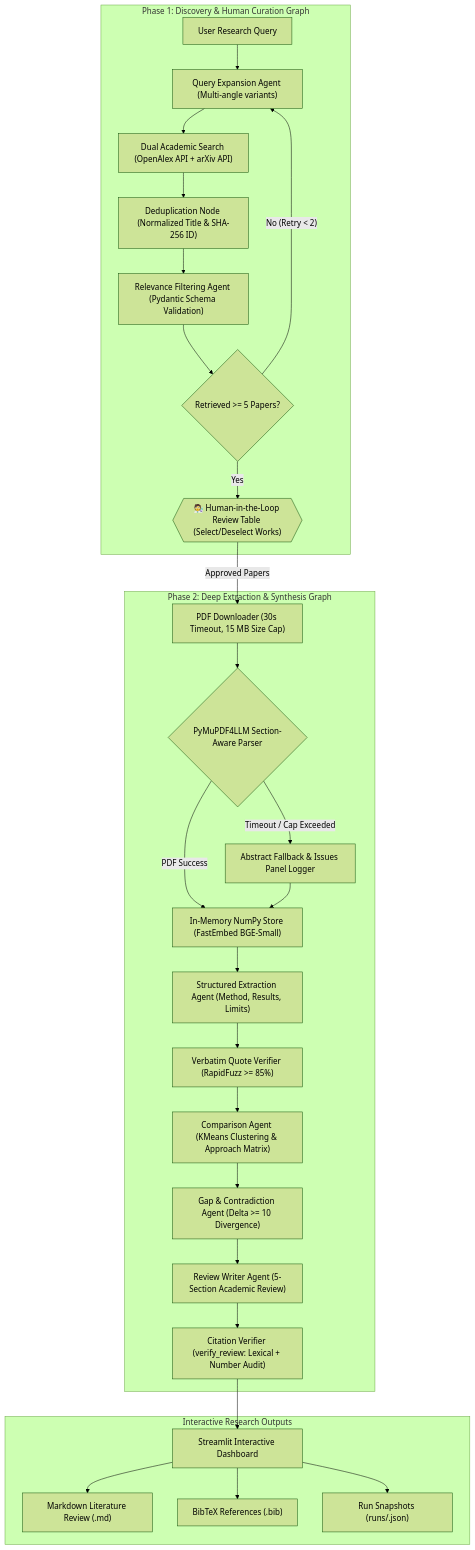
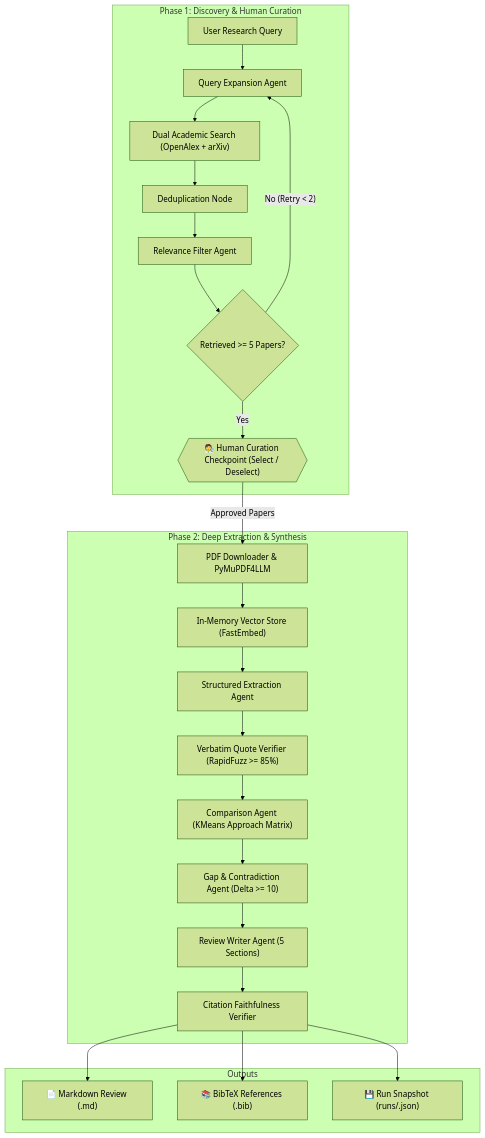
One commit to snpathaks/Papertrail changed the diagram in README.md. Above: the diagram before and after it, drawn with Mermaid (forest theme). The commit also changed other lines of this file, not shown here.

````diff
--- a/README.md
+++ b/README.md
@@ -54,34 +76,29 @@
 ```mermaid
 flowchart TD
-    subgraph Phase1["Phase 1: Discovery & Human Curation Graph"]
-        Q["User Research Query"] --> Exp["Query Expansion Agent (Multi-angle variants)"]
-        Exp --> Srch["Dual Academic Search (OpenAlex API + arXiv API)"]
-        Srch --> Dedup["Deduplication Node (Normalized Title & SHA-256 ID)"]
-        Dedup --> Filt["Relevance Filtering Agent (Pydantic Schema Validation)"]
-        Filt --> Loop{"Retrieved >= 5 Papers?"}
-        Loop -->|"No (Retry < 2)"| Exp
-        Loop -->|"Yes"| Approval{{"🧑‍🔬 Human-in-the-Loop Review Table (Select/Deselect Works)"}}
+    subgraph DiscoveryGraph["Phase 1: Discovery & Human Curation"]
+        Q["User Research Query"] --> Exp["Query Expansion Agent"]
+        Exp --> Srch["Dual Academic Search (OpenAlex + arXiv)"]
+        Srch --> Dedup["Deduplication Node"]
+        Dedup --> Filt["Relevance Filter Agent"]
+        Filt --> Retry{"Retrieved >= 5 Papers?"}
+        Retry -->|"No (Retry < 2)"| Exp
+        Retry -->|"Yes"| Gate{{"🧑‍🔬 Human Curation Checkpoint (Select / Deselect)"}}
     end
 
-    subgraph Phase2["Phase 2: Deep Extraction & Synthesis Graph"]
-        Approval -->|"Approved Papers"| Downloader["PDF Downloader (30s Timeout, 15 MB Size Cap)"]
-        Downloader --> Parser{"PyMuPDF4LLM Section-Aware Parser"}
-        Parser -->|"PDF Success"| VectorStore["In-Memory NumPy Store (FastEmbed BGE-Small)"]
-        Parser -->|"Timeout / Cap Exceeded"| AbstractFallback["Abstract Fallback & Issues Panel Logger"]
-        AbstractFallback --> VectorStore
-
-        VectorStore --> ExtractAgent["Structured Extraction Agent (Method, Results, Limits)"]
-        ExtractAgent --> QuoteVerify["Verbatim Quote Verifier (RapidFuzz >= 85%)"]
-        QuoteVerify --> CompAgent["Comparison Agent (KMeans Clustering & Approach Matrix)"]
-        CompAgent --> GapAgent["Gap & Contradiction Agent (Delta >= 10 Divergence)"]
-        GapAgent --> WriterAgent["Review Writer Agent (5-Section Academic Review)"]
-        WriterAgent --> CiteVerify["Citation Verifier (verify_review: Lexical + Number Audit)"]
+    subgraph AnalysisGraph["Phase 2: Deep Extraction & Synthesis"]
+        Gate -->|"Approved Papers"| Download["PDF Downloader & PyMuPDF4LLM"]
+        Download --> VecStore["In-Memory Vector Store (FastEmbed)"]
+        VecStore --> Extractor["Structured Extraction Agent"]
+        Extractor --> Verifier1["Verbatim Quote Verifier (RapidFuzz >= 85%)"]
+        Verifier1 --> Cluster["Comparison Agent (KMeans Approach Matrix)"]
+        Cluster --> Gap["Gap & Contradiction Agent (Delta >= 10)"]
+        Gap --> Writer["Review Writer Agent (5 Sections)"]
+        Writer --> Verifier2["Citation Faithfulness Verifier"]
     end
 
-    subgraph Deliverables["Interactive Research Outputs"]
-        CiteVerify --> UI["Streamlit Interactive Dashboard"]
-        UI --> ExportReview["Markdown Literature Review (.md)"]
-        UI --> ExportBibTeX["BibTeX References (.bib)"]
-        UI --> Snapshots["Run Snapshots (runs/<timestamp>.json)"]
+    subgraph Deliverables["Outputs"]
+        Verifier2 --> Markdown["📄 Markdown Review (.md)"]
+        Verifier2 --> BibTeX["📚 BibTeX References (.bib)"]
+        Verifier2 --> Snapshots["💾 Run Snapshot (runs/<timestamp>.json)"]
     end
 ```
````
